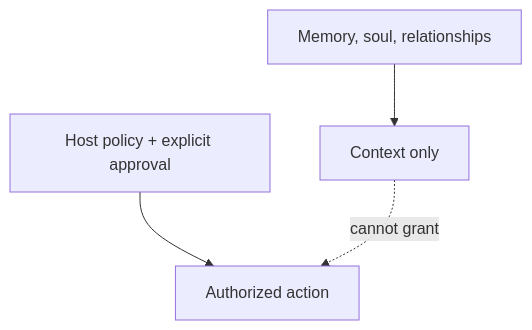
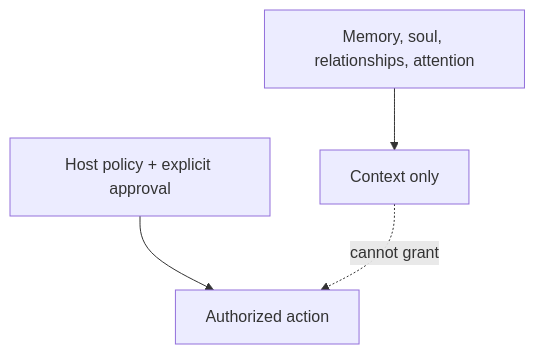
One commit to Maykbiletti/AgentSpine changed the third of 3 diagrams in docs/architecture.md. Above: the diagram before and after it, drawn with Mermaid. The commit also changed other lines of this file and 20 other files, not shown here.

````diff
--- a/docs/architecture.md
+++ b/docs/architecture.md
@@ -69,6 +69,6 @@
 ```mermaid
 flowchart TB
     P["Host policy + explicit approval"] --> A["Authorized action"]
-    M["Memory, soul, relationships"] --> C["Context only"]
+    M["Memory, soul, relationships, attention"] --> C["Context only"]
     C -. "cannot grant" .-> A
 ```
````
